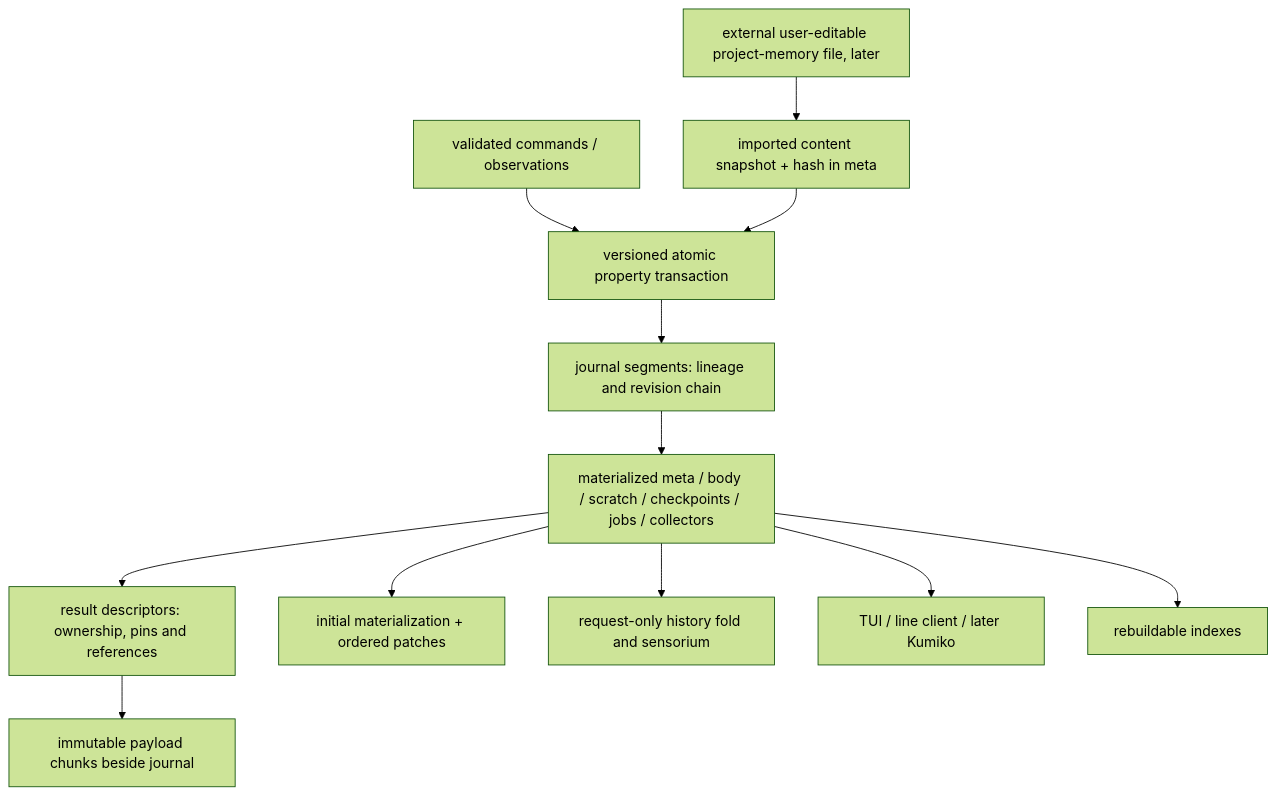
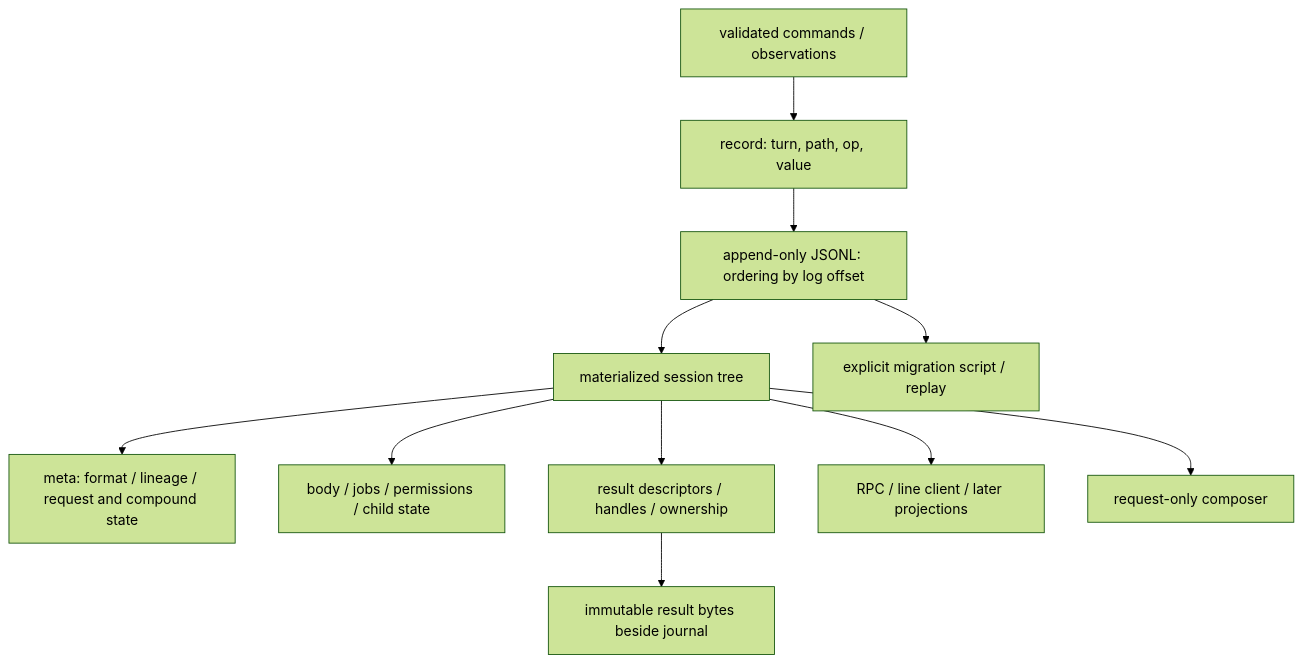
Before and after one commit to sh1ny/kehai: the fourth of 4 diagrams in openspec/architecture.md, drawn with Mermaid (forest theme). The commit also changed other lines of this file and 11 other files, not shown here.

````diff
--- a/openspec/architecture.md
+++ b/openspec/architecture.md
@@ -105,14 +98,13 @@
 ```mermaid
 flowchart TD
-  Cmd[validated commands / observations] --> Tx[versioned atomic property transaction]
-  Tx --> Log[journal segments: lineage and revision chain]
-  Log --> Tree[materialized meta / body / scratch / checkpoints / jobs / collectors]
-  Tree --> Refs[result descriptors: ownership, pins and references]
-  Refs --> Payload[immutable payload chunks beside journal]
-  Tree --> RPC[initial materialization + ordered patches]
-  Tree --> Fold[request-only history fold and sensorium]
-  Tree --> Views[TUI / line client / later Kumiko]
-  Tree --> Cache[rebuildable indexes]
-  Memory[external user-editable project-memory file, later] --> Import[imported content snapshot + hash in meta]
-  Import --> Tx
+  Cmd[validated commands / observations] --> Record[record: turn, path, op, value]
+  Record --> Log[append-only JSONL: ordering by log offset]
+  Log --> Tree[materialized session tree]
+  Tree --> Meta[meta: format / lineage / request and compound state]
+  Tree --> Nodes[body / jobs / permissions / child state]
+  Tree --> Refs[result descriptors / handles / ownership]
+  Refs --> Bytes[immutable result bytes beside journal]
+  Tree --> Views[RPC / line client / later projections]
+  Tree --> Compose[request-only composer]
+  Log --> Migration[explicit migration script / replay]
 ```
````
